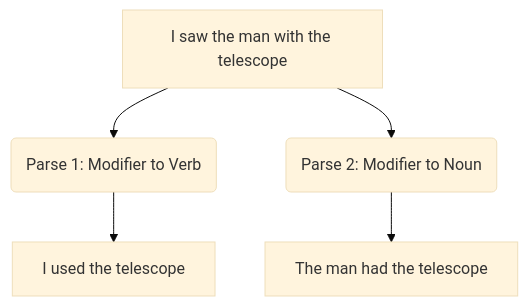
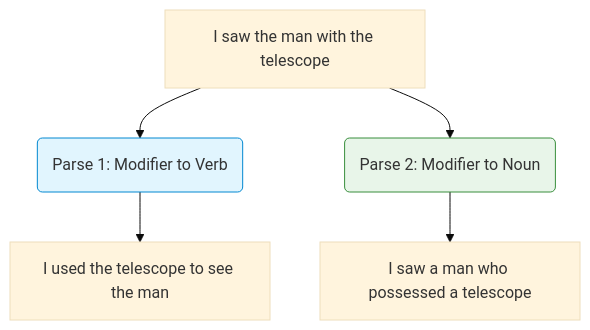
Before and after one commit to Raunak4518/nlp: the diagram in docs/01-nlp-fundamentals/challenges-in-nlp.md, drawn with Mermaid (base theme). The commit also changed other lines of this file and 35 other files, not shown here.

````diff
--- a/docs/01-nlp-fundamentals/challenges-in-nlp.md
+++ b/docs/01-nlp-fundamentals/challenges-in-nlp.md
@@ -23,7 +22,13 @@
 ```mermaid
 flowchart TD
-    A[I saw the man with the telescope] --> B(Parse 1: Modifier to Verb)
+    A[I saw the man with the telescope]
+    
+    A --> B(Parse 1: Modifier to Verb)
     A --> C(Parse 2: Modifier to Noun)
-    B --> D[I used the telescope]
-    C --> E[The man had the telescope]
+    
+    B --> D[I used the telescope to see the man]
+    C --> E[I saw a man who possessed a telescope]
+    
+    style B fill:#e1f5fe,stroke:#0288d1
+    style C fill:#e8f5e9,stroke:#388e3c
 ```
````
